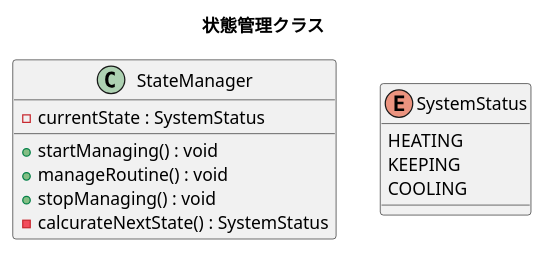
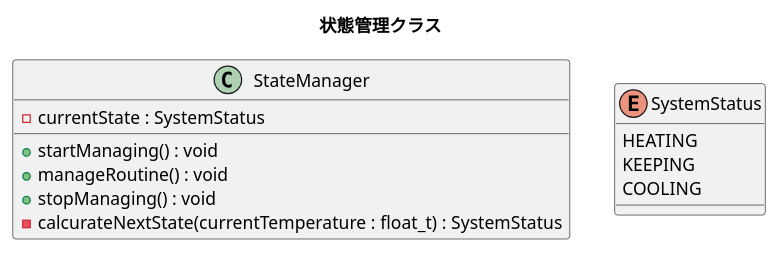
Before and after one commit to goheisystem/softwareDocuments: the diagram in UML/class/statemanager.plantuml, drawn with PlantUML. The commit also changed 1 other file, not shown here.

```diff
--- a/UML/class/statemanager.plantuml
+++ b/UML/class/statemanager.plantuml
@@ -1,16 +1,16 @@
 @startuml
 title 状態管理クラス
 
 class "StateManager" as ClassStateManager{
   -currentState : SystemStatus
   +startManaging() : void
   +manageRoutine() : void
   +stopManaging() : void
-  -calcurateNextState() : SystemStatus
+  -calcurateNextState(currentTemperature : float_t) : SystemStatus
 }
 enum "SystemStatus" as EnumSystemStatus{
   HEATING
   KEEPING
   COOLING
 }
 @enduml
```
